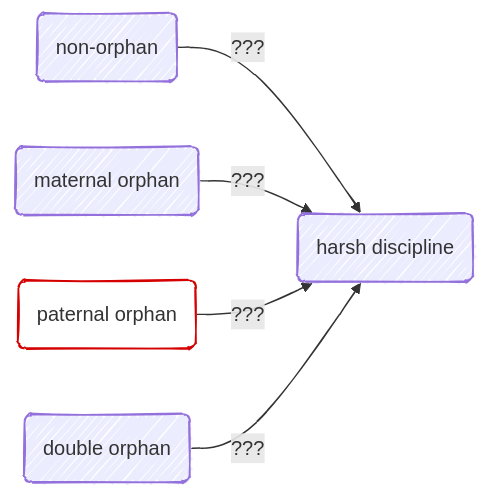
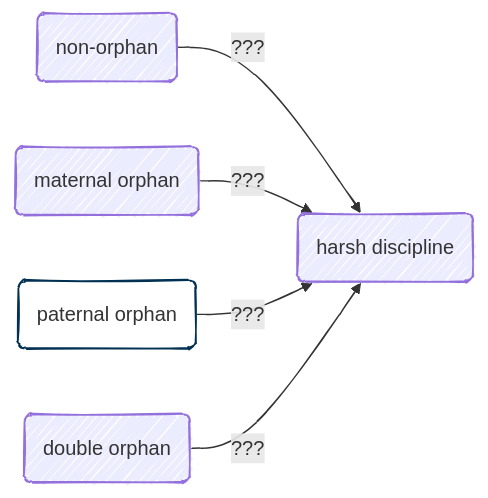
One commit to agrogan1/closeread changed the diagram in orphan/diagrams.md. Above: the diagram before and after it, drawn with Mermaid.

````diff
--- a/orphan/diagrams.md
+++ b/orphan/diagrams.md
@@ -1,13 +1,13 @@
 ```mermaid
 ---
 config:
   look: handDrawn
   theme: default
 ---
 flowchart LR
   nonorphan(non-orphan) --> |"???"| harshdiscipline(harsh discipline)
   maternalorphan(maternal orphan) --> |"???"| harshdiscipline(harsh discipline)
   paternalorphan(paternal orphan) --> |"???"| harshdiscipline(harsh discipline)
   doubleorphan(double orphan) --> |"???"| harshdiscipline(harsh discipline)
-  style paternalorphan stroke:#D50000,fill:#FFFFFF
+  style paternalorphan stroke:#003153,fill:#FFFFFF
 ```
````
